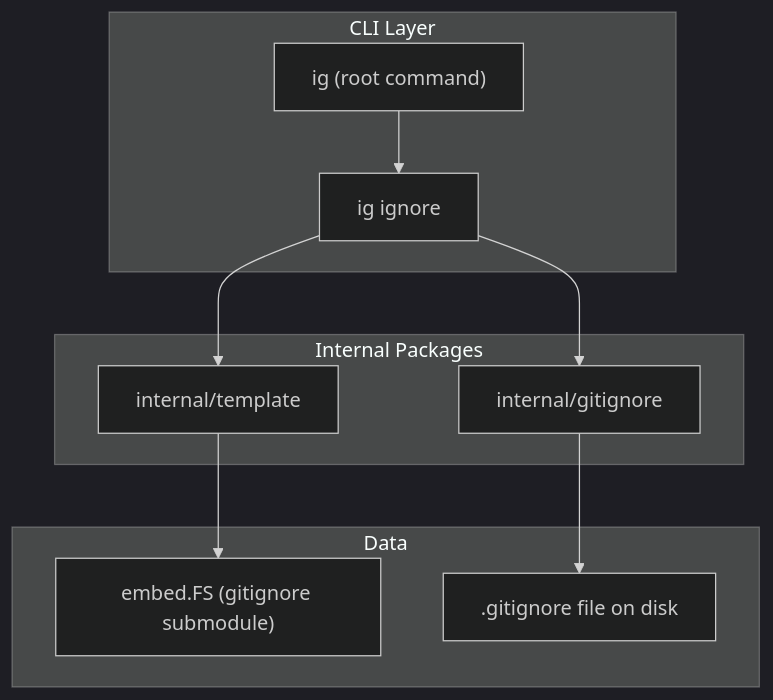
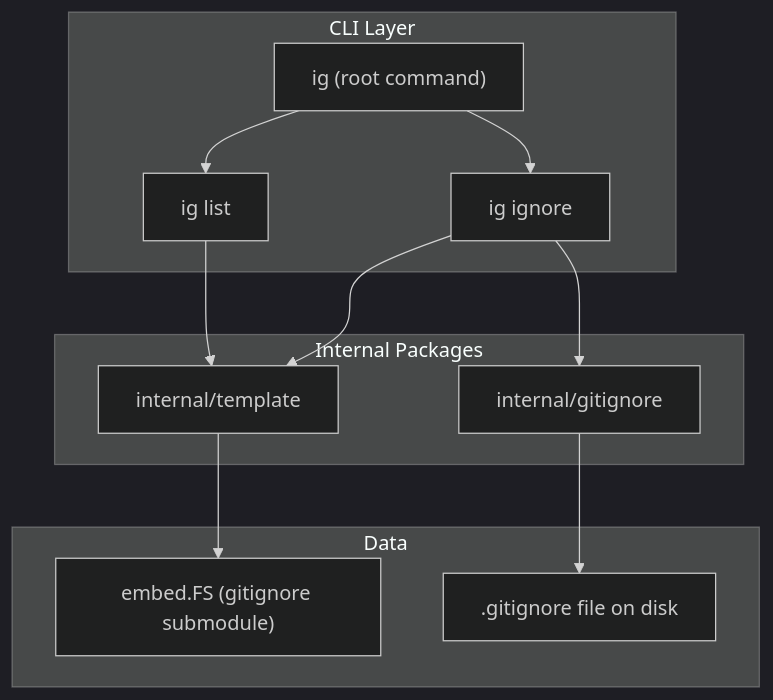
One commit to chaserx/gitignorant changed the first of 2 diagrams in docs/ARCHITECTURE.md. Above: the diagram before and after it, drawn with Mermaid (dark theme). The commit also changed other lines of this file and 6 other files, not shown here.

First line of the commit message:
Add `ig list` command and path-qualified template matching

````diff
--- a/docs/ARCHITECTURE.md
+++ b/docs/ARCHITECTURE.md
@@ -7,23 +7,26 @@
 ```mermaid
 graph TB
     subgraph "CLI Layer"
         Root["ig (root command)"]
         Ignore["ig ignore <languages...>"]
+        List["ig list"]
     end
 
     subgraph "Internal Packages"
         Template["internal/template"]
         Gitignore["internal/gitignore"]
     end
 
     subgraph "Data"
         EmbedFS["embed.FS (gitignore submodule)"]
         DotGitignore[".gitignore file on disk"]
     end
 
     Root --> Ignore
+    Root --> List
     Ignore --> Template
     Ignore --> Gitignore
+    List --> Template
     Template --> EmbedFS
     Gitignore --> DotGitignore
 ```
````
